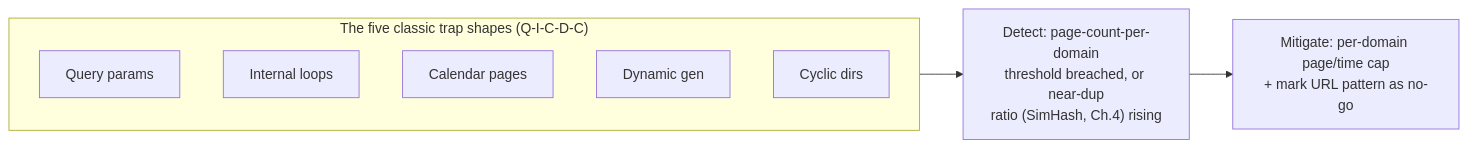
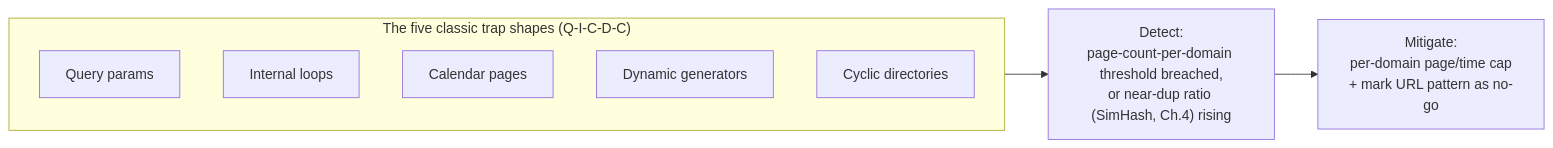
One commit to riyaz-pasha/Learnings changed the sixth of 16 diagrams in system-design/HLD/0-course/35-Web-Crawler-FAANG-Guide-story.md. Above: the diagram before and after it, drawn with Mermaid. The commit also changed other lines of this file and 5 other files, not shown here.

Commit message:
[REWRITE] Design Newsfeed story guide: simplify prose, add structure, fix diagrams

````diff
--- a/system-design/HLD/0-course/35-Web-Crawler-FAANG-Guide-story.md
+++ b/system-design/HLD/0-course/35-Web-Crawler-FAANG-Guide-story.md
@@ -146,12 +375,13 @@
 ```mermaid
 flowchart LR
-    subgraph Classification["The five classic trap shapes (Q-I-C-D-C)"]
+    subgraph Shapes["The five classic trap shapes (Q-I-C-D-C)"]
+        direction TB
         Q["Query params"]
         I["Internal loops"]
         C["Calendar pages"]
-        D["Dynamic gen"]
-        Cy["Cyclic dirs"]
+        D["Dynamic generators"]
+        Cy["Cyclic directories"]
     end
-    Classification --> Detect["Detect: page-count-per-domain\nthreshold breached, or near-dup\nratio (SimHash, Ch.4) rising"]
-    Detect --> Mitigate["Mitigate: per-domain page/time cap\n+ mark URL pattern as no-go"]
+    Shapes --> Detect["Detect:<br/>page-count-per-domain threshold breached,<br/>or near-dup ratio (SimHash, Ch.4) rising"]
+    Detect --> Mitigate["Mitigate:<br/>per-domain page/time cap<br/>+ mark URL pattern as no-go"]
 ```
````
